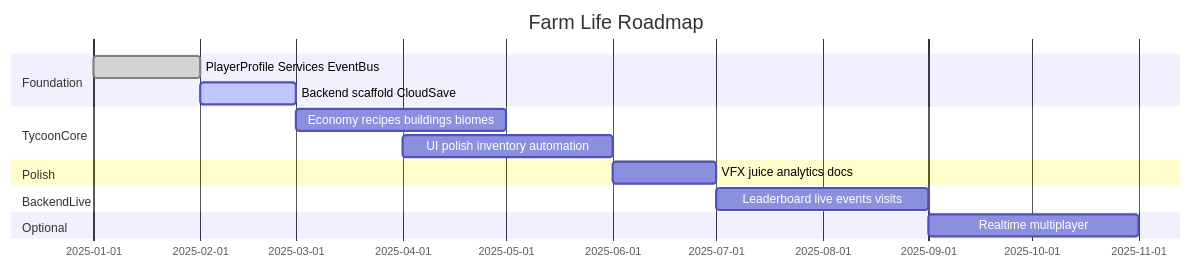
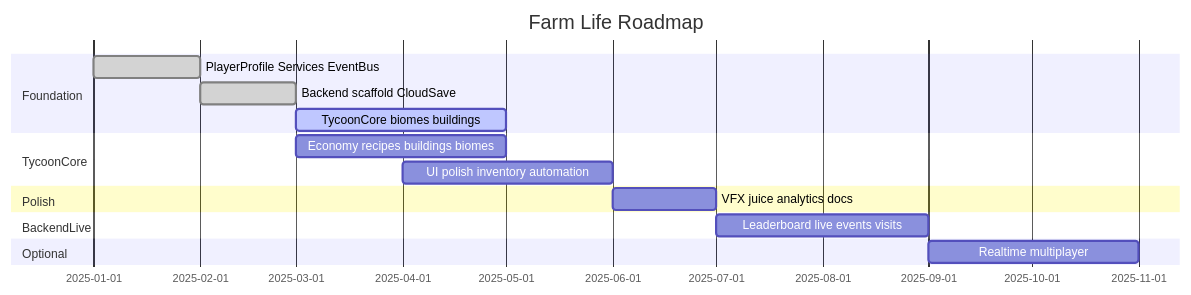
Before and after one commit to ducanhdev-lab/Farm-Simulator: diagram 15 of 15 in Assets/_Game/Documentation/FARM_LIFE_DESIGN.md, drawn with Mermaid. The commit also changed other lines of this file and 24 other files, not shown here.

Commit message:
feat(CloudSave): CloudSave Done

````diff
--- a/Assets/_Game/Documentation/FARM_LIFE_DESIGN.md
+++ b/Assets/_Game/Documentation/FARM_LIFE_DESIGN.md
@@ -487,17 +490,18 @@
 ```mermaid
 gantt
     title Farm Life Roadmap
     dateFormat YYYY-MM
     section Foundation
         PlayerProfile Services EventBus     :done, 2025-01, 2025-02
-        Backend scaffold CloudSave          :active, 2025-02, 2025-03
+        Backend scaffold CloudSave          :done, 2025-02, 2025-03
+        TycoonCore biomes buildings         :active, 2025-03, 2025-05
     section TycoonCore
         Economy recipes buildings biomes    :2025-03, 2025-05
         UI polish inventory automation      :2025-04, 2025-06
     section Polish
         VFX juice analytics docs            :2025-06, 2025-07
     section BackendLive
         Leaderboard live events visits      :2025-07, 2025-09
     section Optional
         Realtime multiplayer                :2025-09, 2025-11
 ```
````
